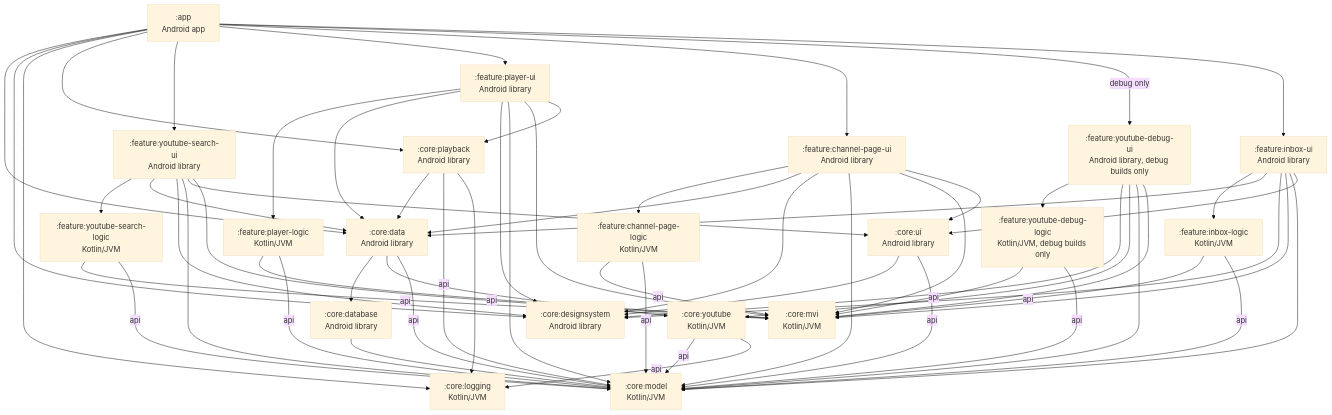
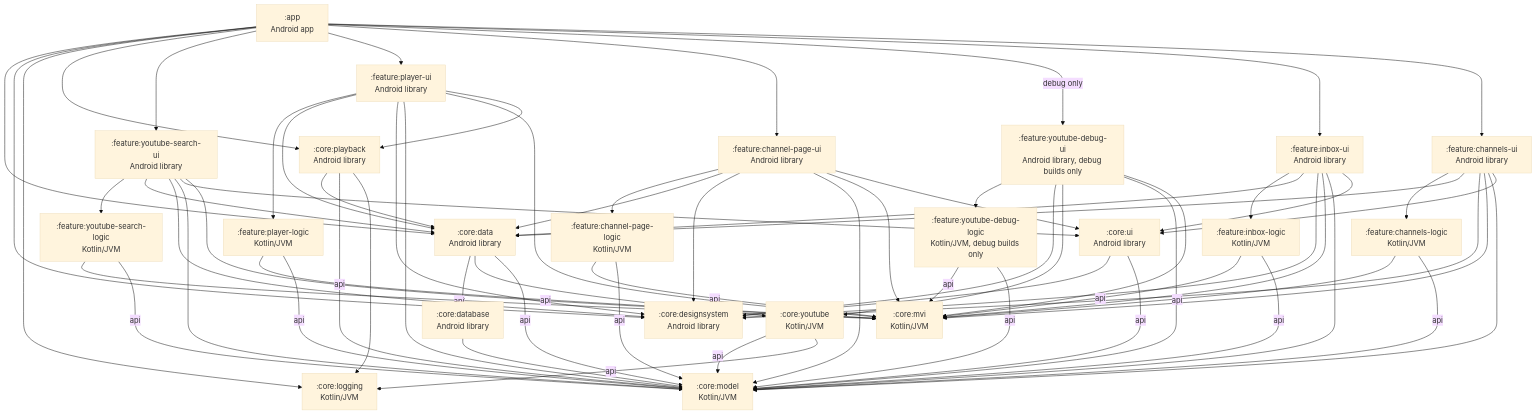
The first of 4 diagrams in docs/architecture.md (dewfallapp/dewfall), drawn with Mermaid (base theme) before and after one commit. The commit also changed other lines of this file and 4 other files, not shown here.

````diff
--- a/docs/architecture.md
+++ b/docs/architecture.md
@@ -35,6 +35,8 @@
     coreUi[":core:ui<br/>Android library"]
     inboxUi[":feature:inbox-ui<br/>Android library"]
     inboxLogic[":feature:inbox-logic<br/>Kotlin/JVM"]
+    channelsUi[":feature:channels-ui<br/>Android library"]
+    channelsLogic[":feature:channels-logic<br/>Kotlin/JVM"]
 
     app --> data
     app --> designsystem
@@ -94,6 +96,16 @@
     inboxUi --> coreUi
     inboxLogic -->|api| mvi
     inboxLogic -->|api| model
+
+    app --> channelsUi
+    channelsUi --> channelsLogic
+    channelsUi --> data
+    channelsUi --> designsystem
+    channelsUi --> mvi
+    channelsUi --> model
+    channelsUi --> coreUi
+    channelsLogic -->|api| mvi
+    channelsLogic -->|api| model
     coreUi --> designsystem
     coreUi -->|api| model
 ```
````
